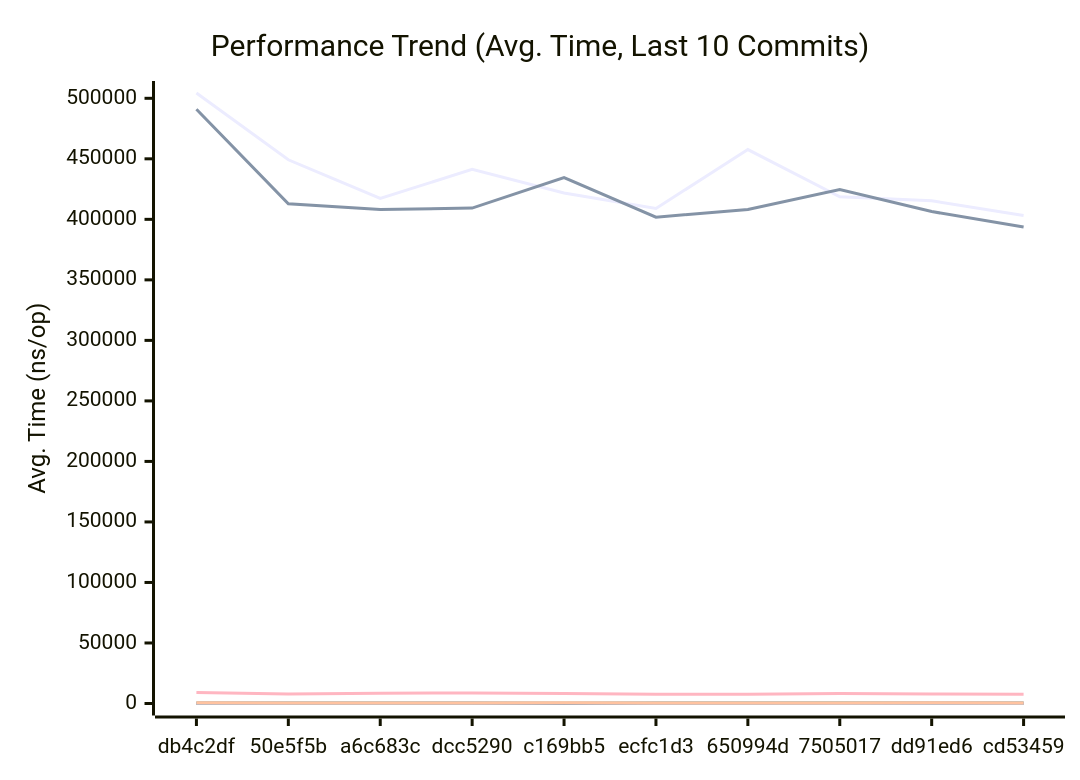
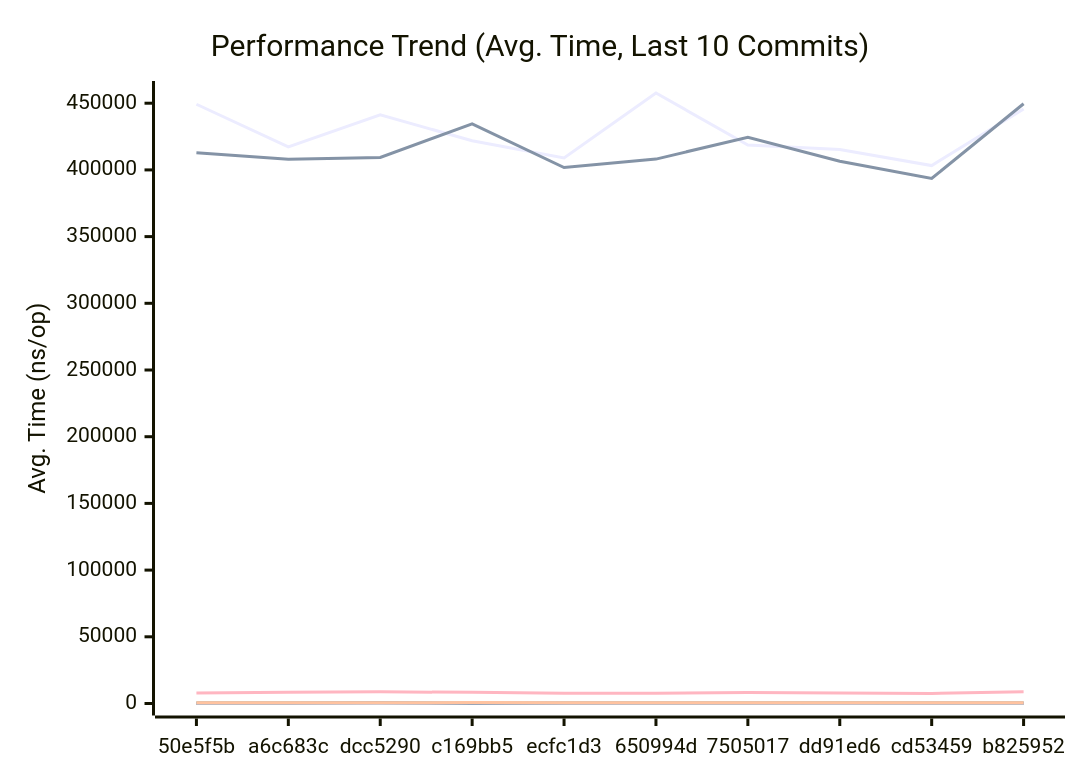
One commit to alsotoes/momo changed the first of 3 diagrams in docs/PERFORMANCE.md. Above: the diagram before and after it, drawn with Mermaid. The commit also changed other lines of this file and 2 other files, not shown here.

````diff
--- a/docs/PERFORMANCE.md
+++ b/docs/PERFORMANCE.md
@@ -145,20 +145,20 @@
 ```mermaid
 xychart-beta
     title "Performance Trend (Avg. Time, Last 10 Commits)"
     x-axis "Commit"
     y-axis "Avg. Time (ns/op)"
-    x-axis [db4c2df,50e5f5b,a6c683c,dcc5290,c169bb5,ecfc1d3,650994d,7505017,dd91ed6,cd53459]
-    line "AWSChunkedReaderSigned" [504383,449225,417284,441285,421825,408990,457655,418649,415373,403249]
-    line "AWSChunkedReaderUnsigned" [490906,412879,408069,409317,434524,401783,408115,424530,406436,393596]
-    line "CheckMetricsAndSwap" [8,8,8,8,8,8,8,8,7,8]
-    line "CrushOptimized" [375,304,305,316,338,304,306,309,294,287]
-    line "CrushOriginal" [471,434,425,445,417,407,394,422,407,389]
+    x-axis [50e5f5b,a6c683c,dcc5290,c169bb5,ecfc1d3,650994d,7505017,dd91ed6,cd53459,b825952]
+    line "AWSChunkedReaderSigned" [449225,417284,441285,421825,408990,457655,418649,415373,403249,445617]
+    line "AWSChunkedReaderUnsigned" [412879,408069,409317,434524,401783,408115,424530,406436,393596,449617]
+    line "CheckMetricsAndSwap" [8,8,8,8,8,8,8,7,8,8]
+    line "CrushOptimized" [304,305,316,338,304,306,309,294,287,358]
+    line "CrushOriginal" [434,425,445,417,407,394,422,407,389,441]
     line "IndexDirectTracking" [0,0,0,0,0,0,0,0,0,0]
-    line "IndexSearch" [2,2,2,2,2,2,2,2,2,1]
-    line "LoadGlobalConfig" [9117,7890,8368,8771,8344,7742,7670,8319,7911,7590]
-    line "PadString" [49,39,40,45,41,40,38,40,39,36]
+    line "IndexSearch" [2,2,2,2,2,2,2,2,1,1]
+    line "LoadGlobalConfig" [7890,8368,8771,8344,7742,7670,8319,7911,7590,8718]
+    line "PadString" [39,40,45,41,40,38,40,39,36,44]
     line "ParseReplicationOrder_NoPrealloc" [350,349,357,354,345,225,229,165,232,234]
     line "ParseReplicationOrder_Prealloc" [229,231,237,234,229,108,107,80,110,109]
-    line "SanitizeLog/Safe" [430,390,419,504,229,396,398,416,401,396]
-    line "SanitizeLog/Unsafe" [601,504,506,501,678,514,487,506,541,482]
+    line "SanitizeLog/Safe" [390,419,504,229,396,398,416,401,396,419]
+    line "SanitizeLog/Unsafe" [504,506,501,678,514,487,506,541,482,602]
 ```
````
